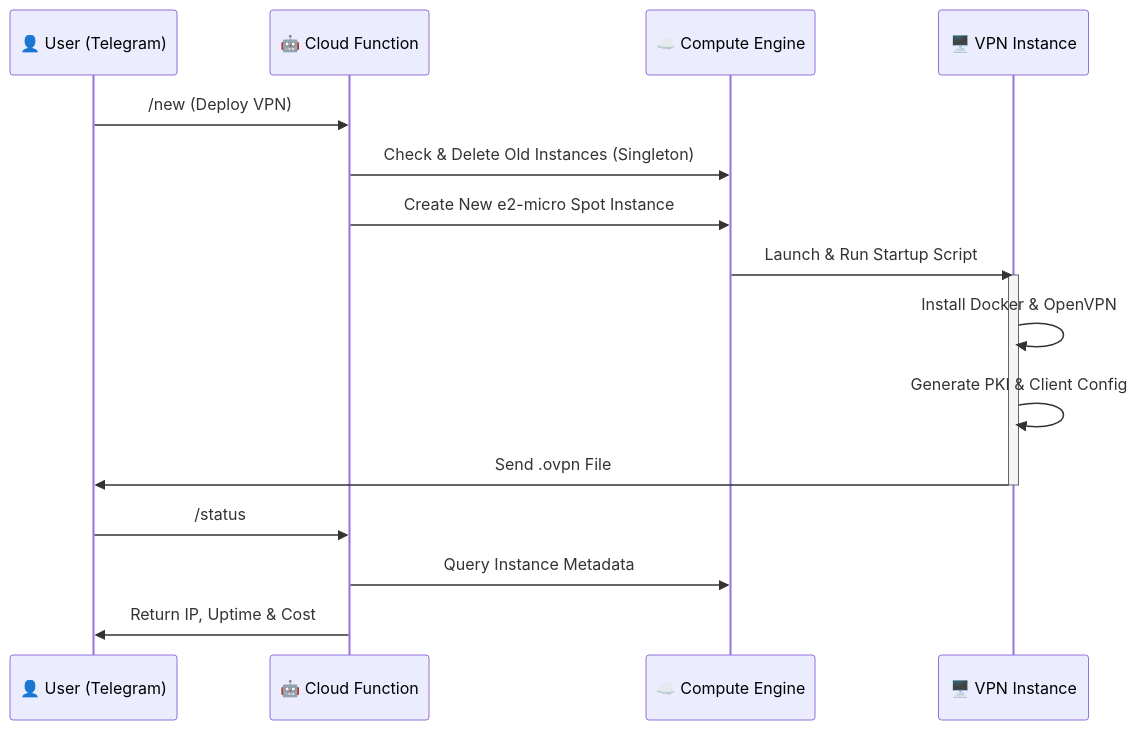
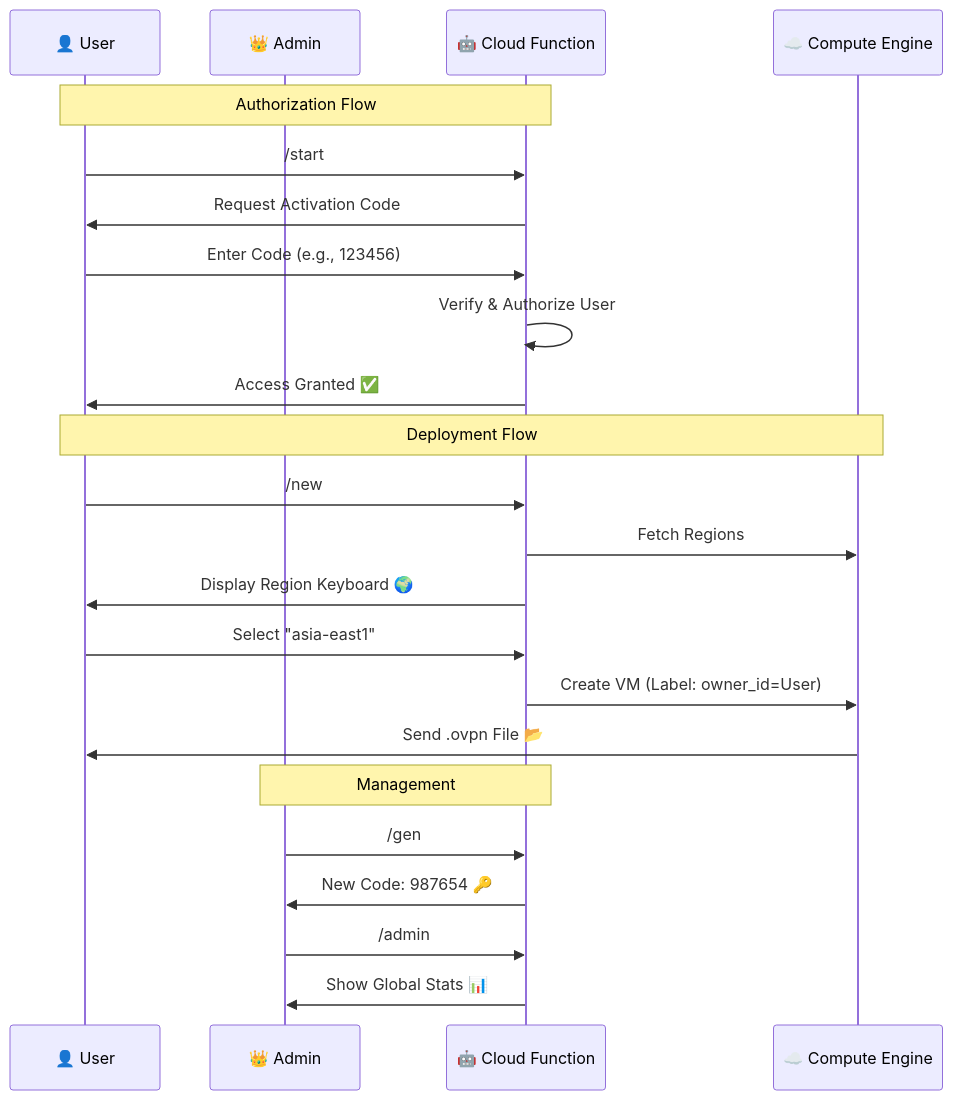
The diagram in README.md (kuoyaoming/GCP-Telegram-VPN-Bot), drawn with Mermaid before and after one commit. The commit also changed other lines of this file, not shown here.

Commit message:
doc: update README for multi-user features

````diff
--- a/README.md
+++ b/README.md
@@ -29,20 +35,28 @@
 ```mermaid
 sequenceDiagram
-    participant User as 👤 User (Telegram)
+    participant User as 👤 User
+    participant Admin as 👑 Admin
     participant Bot as 🤖 Cloud Function
     participant GCP as ☁️ Compute Engine
-    participant VM as 🖥️ VPN Instance
 
-    User->>Bot: /new (Deploy VPN)
-    Bot->>GCP: Check & Delete Old Instances (Singleton)
-    Bot->>GCP: Create New e2-micro Spot Instance
-    GCP->>VM: Launch & Run Startup Script
-    activate VM
-    VM->>VM: Install Docker & OpenVPN
-    VM->>VM: Generate PKI & Client Config
-    VM->>User: Send .ovpn File
-    deactivate VM
-    User->>Bot: /status
-    Bot->>GCP: Query Instance Metadata
-    Bot->>User: Return IP, Uptime & Cost
+    Note over User, Bot: Authorization Flow
+    User->>Bot: /start
+    Bot->>User: Request Activation Code
+    User->>Bot: Enter Code (e.g., 123456)
+    Bot->>Bot: Verify & Authorize User
+    Bot->>User: Access Granted ✅
+
+    Note over User, GCP: Deployment Flow
+    User->>Bot: /new
+    Bot->>GCP: Fetch Regions
+    Bot->>User: Display Region Keyboard 🌍
+    User->>Bot: Select "asia-east1"
+    Bot->>GCP: Create VM (Label: owner_id=User)
+    GCP->>User: Send .ovpn File 📂
+
+    Note over Admin, Bot: Management
+    Admin->>Bot: /gen
+    Bot->>Admin: New Code: 987654 🔑
+    Admin->>Bot: /admin
+    Bot->>Admin: Show Global Stats 📊
 ```
````
